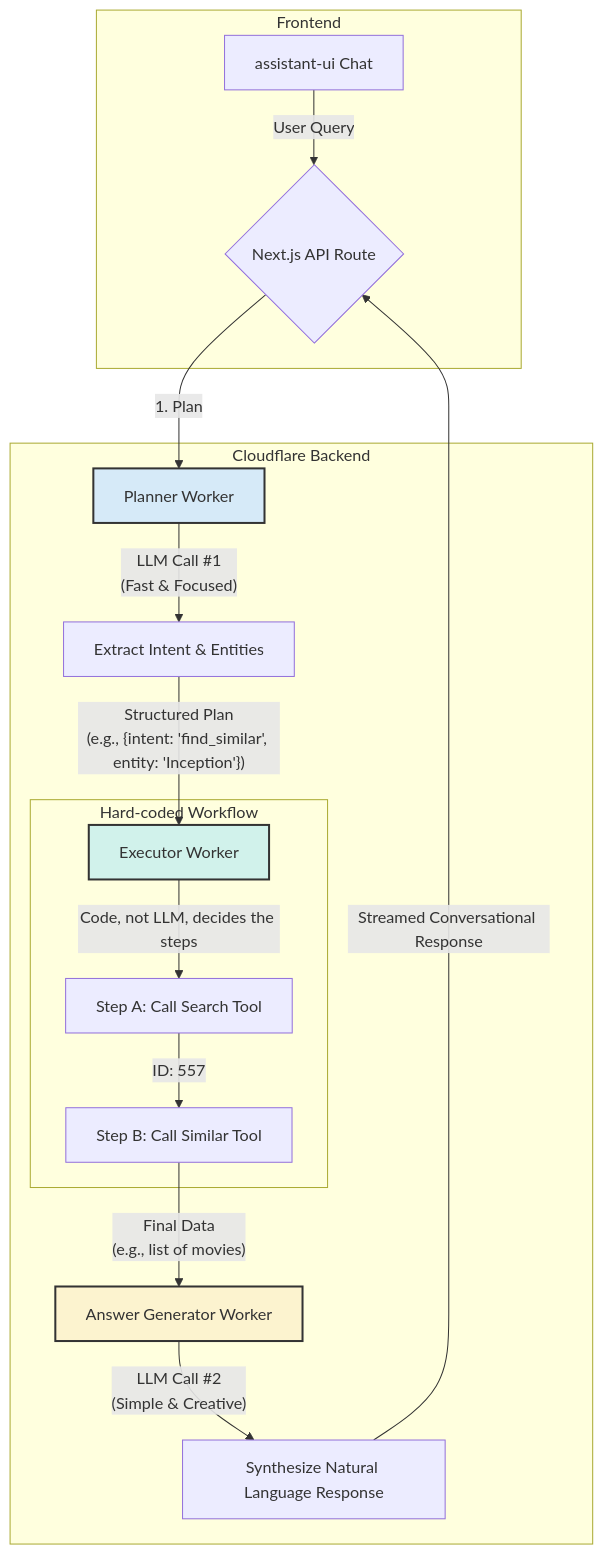
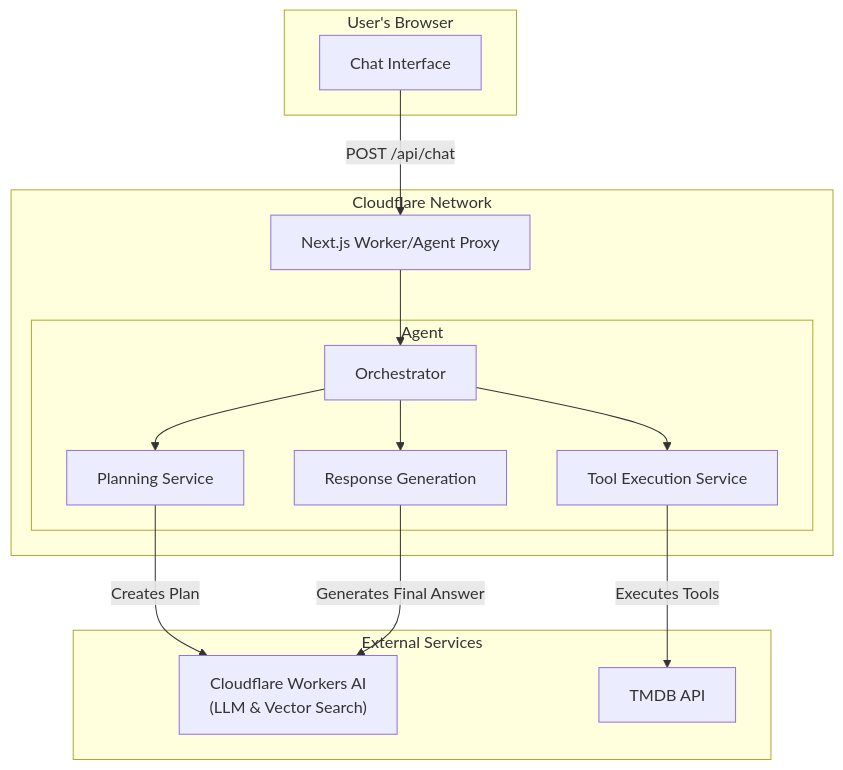
The first of 2 diagrams in README.md (hasibhassan/orchestrapi), drawn with Mermaid before and after one commit. The commit also changed other lines of this file, not shown here.

````diff
--- a/README.md
+++ b/README.md
@@ -20,26 +49,26 @@
 ```mermaid
-graph TD;
-    subgraph Frontend
-        A[assistant-ui Chat] -- User Query --> B{Next.js API Route};
+graph TD
+    subgraph "User's Browser"
+        A[Chat Interface]
     end
 
-    subgraph Cloudflare Backend
-        B -- "1. Plan" --> C[Planner Worker];
-        C -- "LLM Call #1<br/>(Fast & Focused)" --> D[Extract Intent & Entities];
-        D -- "Structured Plan<br/>(e.g., {intent: 'find_similar', entity: 'Inception'})" --> E[Executor Worker];
-        
-        subgraph "Hard-coded Workflow"
-            E -- "Code, not LLM, decides the steps" --> F[Step A: Call Search Tool];
-            F -- "ID: 557" --> G[Step B: Call Similar Tool];
+    subgraph "Cloudflare Network"
+        B[Next.js Worker/Agent Proxy]
+        subgraph "Agent"
+            C[Orchestrator] --> D[Planning Service]
+            C --> E[Tool Execution Service]
+            C --> F[Response Generation]
         end
+    end
 
-        G -- "Final Data<br/>(e.g., list of movies)" --> H[Answer Generator Worker];
-        H -- "LLM Call #2<br/>(Simple & Creative)" --> I[Synthesize Natural Language Response];
+    subgraph "External Services"
+        G["Cloudflare Workers AI <br>(LLM & Vector Search)"]
+        H[TMDB API]
     end
-    
-    I -- "Streamed Conversational Response" --> B;
 
-    style C fill:#D6EAF8,stroke:#333,stroke-width:2px
-    style E fill:#D1F2EB,stroke:#333,stroke-width:2px
-    style H fill:#FCF3CF,stroke:#333,stroke-width:2px
+    A -- "POST /api/chat" --> B
+    B --> C
+    D -- "Creates Plan" --> G
+    E -- "Executes Tools" --> H
+    F -- "Generates Final Answer" --> G
 ```
````
